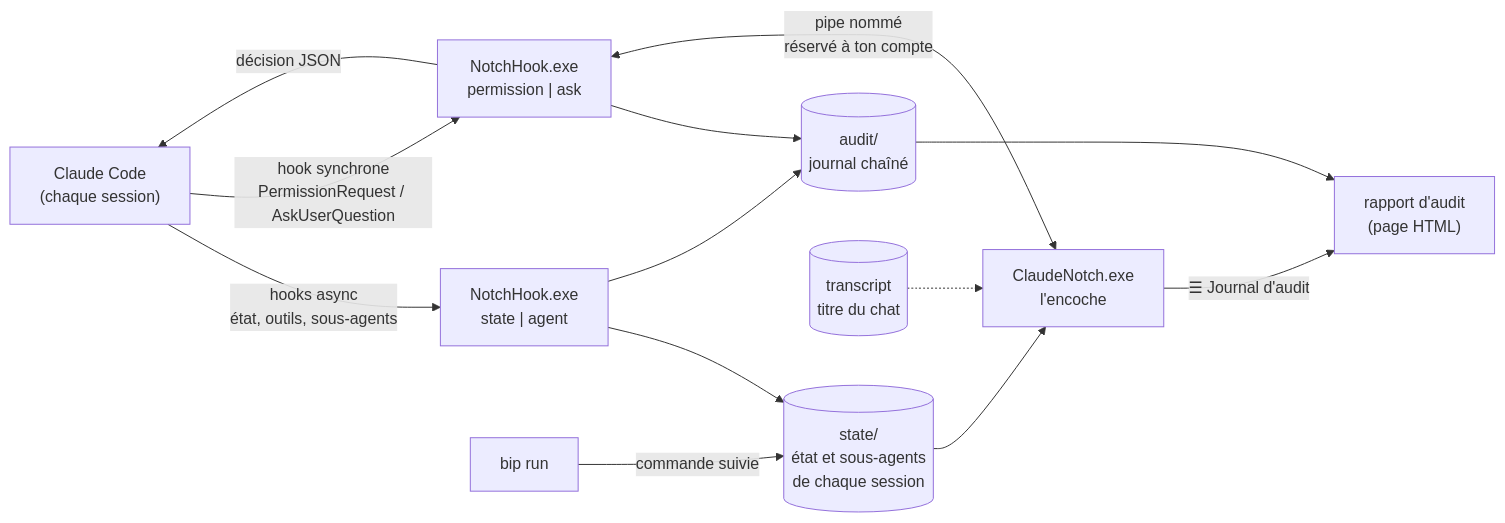
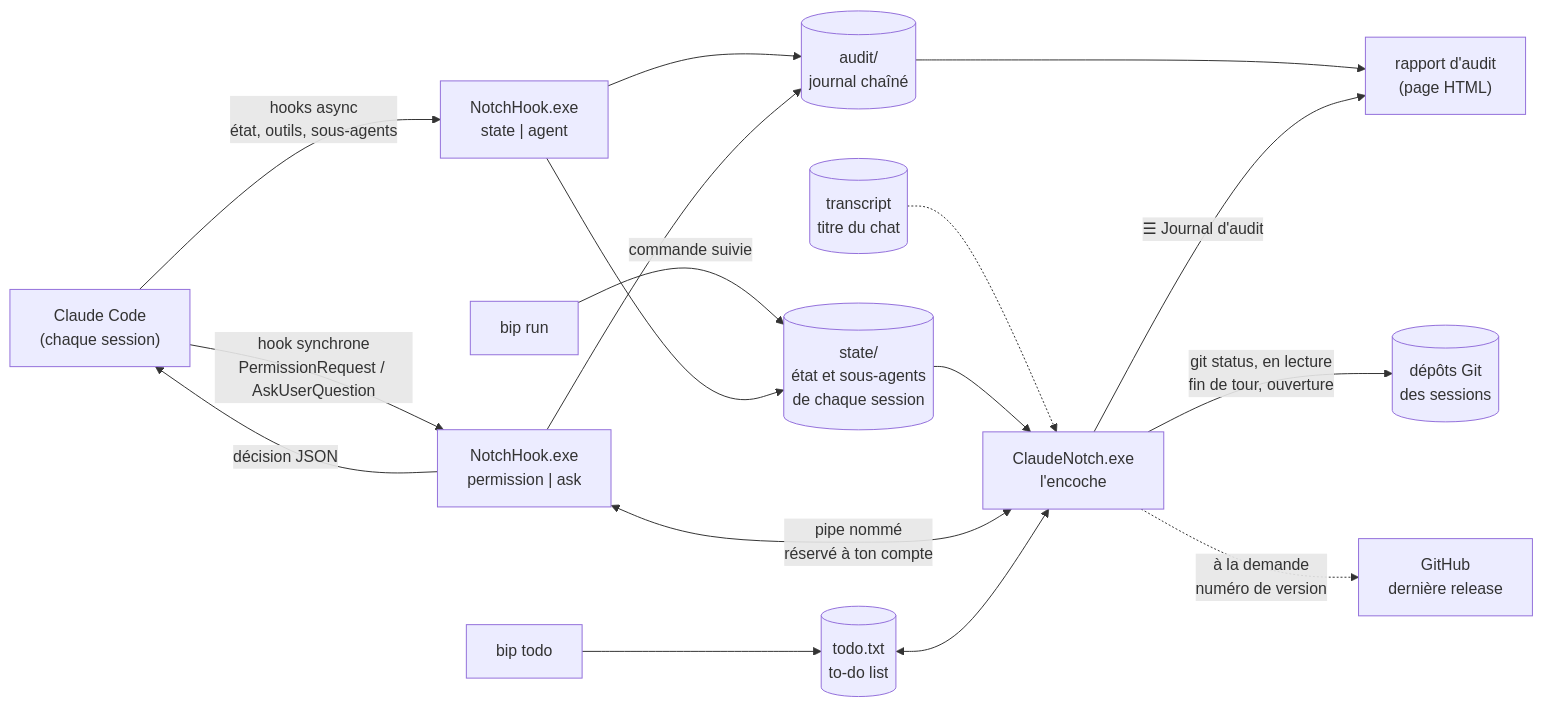
Before and after one commit to CR0ZER/bip: the first of 2 diagrams in README.md, drawn with Mermaid. The commit also changed other lines of this file and 18 other files, not shown here.

First line of the commit message:
v0.4.0 : vérifications avant release (captures, README, Mermaid, CHANGELOG, audit de performance)

````diff
--- a/README.md
+++ b/README.md
@@ -264,15 +282,19 @@
 ```mermaid
 flowchart LR
     CC["Claude Code<br/>(chaque session)"] -- "hooks async<br/>état, outils, sous-agents" --> H1["NotchHook.exe<br/>state | agent"]
     CC -- "hook synchrone<br/>PermissionRequest / AskUserQuestion" --> H2["NotchHook.exe<br/>permission | ask"]
     BR["bip run"] -- "commande suivie" --> ST
     H1 --> ST[("state/<br/>état et sous-agents<br/>de chaque session")]
     H1 --> AU[("audit/<br/>journal chaîné")]
     H2 --> AU
     TR[("transcript<br/>titre du chat")] -.-> N
     ST --> N["ClaudeNotch.exe<br/>l'encoche"]
     H2 <-- "pipe nommé<br/>réservé à ton compte" --> N
     H2 -- "décision JSON" --> CC
     AU --> RP["rapport d'audit<br/>(page HTML)"]
     N -- "☰ Journal d'audit" --> RP
+    BT["bip todo"] --> TD[("todo.txt<br/>to-do list")]
+    TD <--> N
+    N -- "git status, en lecture<br/>fin de tour, ouverture" --> GIT[("dépôts Git<br/>des sessions")]
+    N -. "à la demande<br/>numéro de version" .-> GH["GitHub<br/>dernière release"]
 ```
````
